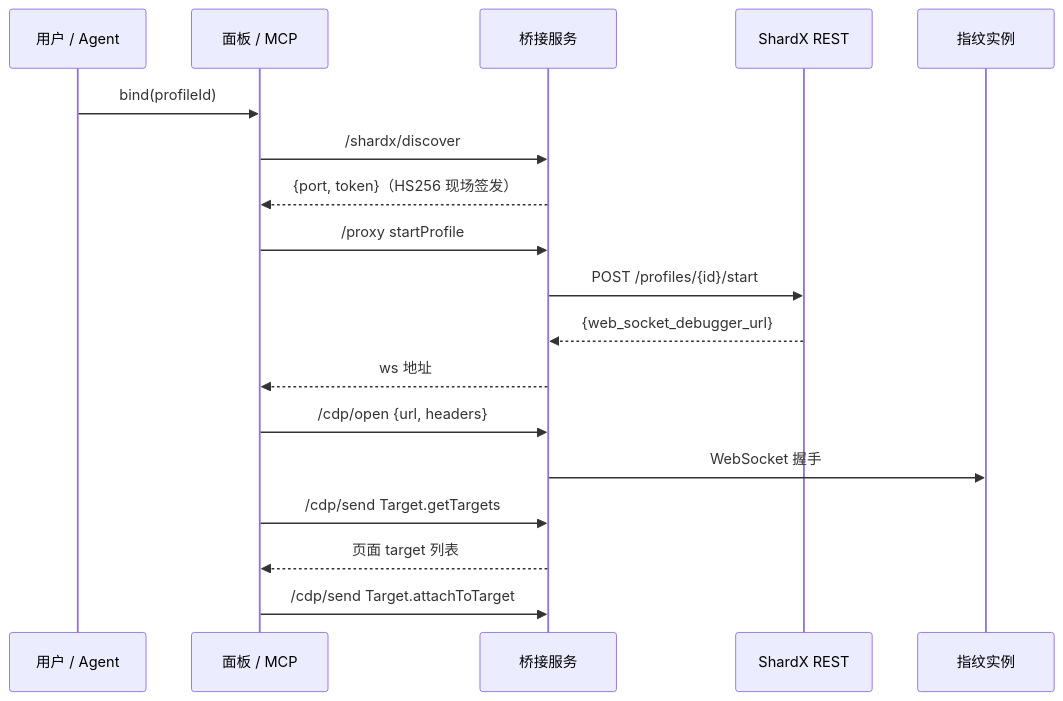
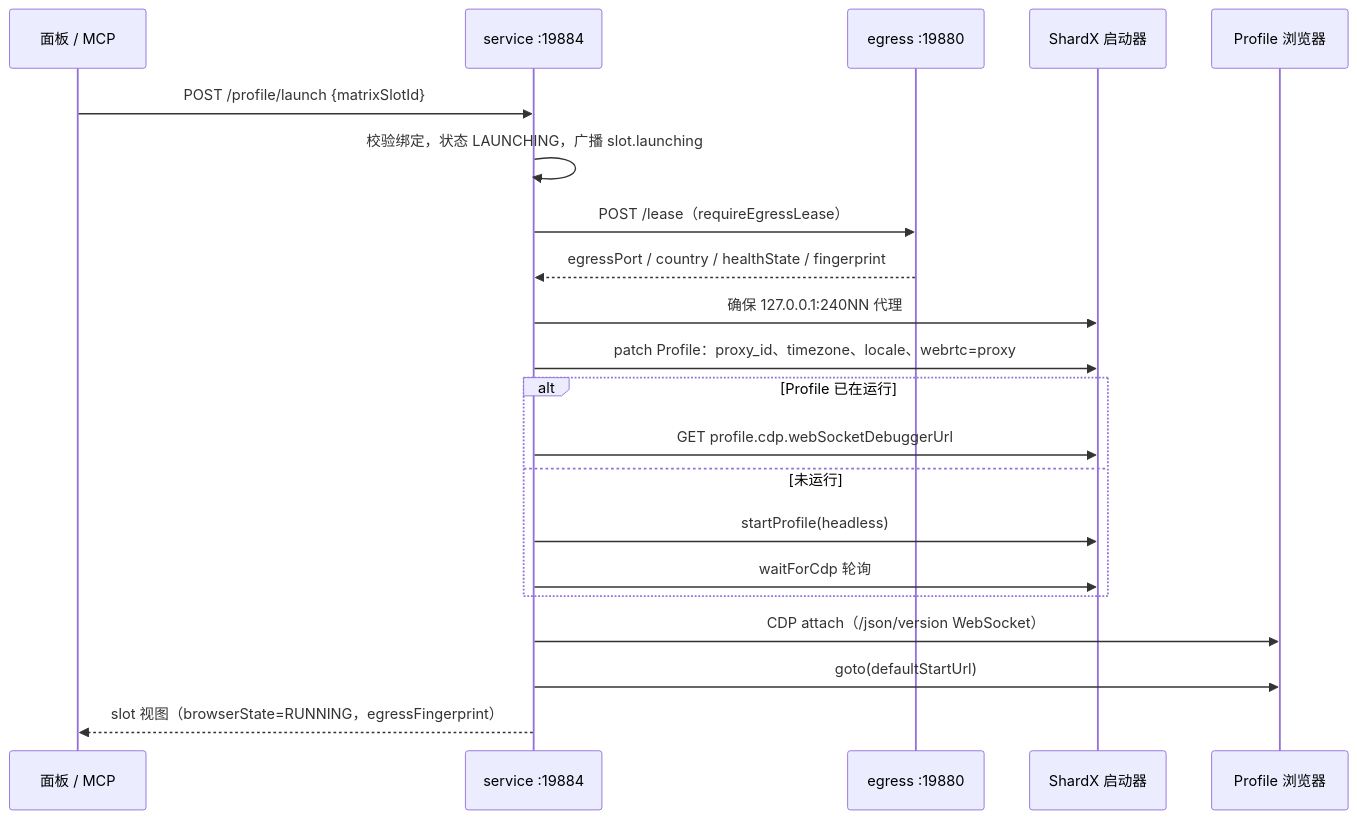
The diagram in docs/ARCHITECTURE.md (wbi35772/openchamber-shardx), drawn with Mermaid before and after one commit. The commit also changed other lines of this file and 24 other files, not shown here.

Commit message:
feat(v2): ShardX matrix guest extension (host service, page, 5 MCP tools)

````diff
--- a/docs/ARCHITECTURE.md
+++ b/docs/ARCHITECTURE.md
@@ -54,21 +47,24 @@
 ```mermaid
 sequenceDiagram
-  participant U as 用户 / Agent
   participant P as 面板 / MCP
-  participant S as 桥接服务
-  participant L as ShardX REST
-  participant B as 指纹实例
+  participant S as service :19884
+  participant E as egress :19880
+  participant L as ShardX 启动器
+  participant B as Profile 浏览器
 
-  U->>P: bind(profileId)
-  P->>S: /shardx/discover
-  S-->>P: {port, token}（HS256 现场签发）
-  P->>S: /proxy startProfile
-  S->>L: POST /profiles/{id}/start
-  L-->>S: {web_socket_debugger_url}
-  S-->>P: ws 地址
-  P->>S: /cdp/open {url, headers}
-  S->>B: WebSocket 握手
-  P->>S: /cdp/send Target.getTargets
-  S-->>P: 页面 target 列表
-  P->>S: /cdp/send Target.attachToTarget
+  P->>S: POST /profile/launch {matrixSlotId}
+  S->>S: 校验绑定，状态 LAUNCHING，广播 slot.launching
+  S->>E: POST /lease（requireEgressLease）
+  E-->>S: egressPort / country / healthState / fingerprint
+  S->>L: 确保 127.0.0.1:240NN 代理
+  S->>L: patch Profile：proxy_id、timezone、locale、webrtc=proxy
+  alt Profile 已在运行
+    S->>L: GET profile.cdp.webSocketDebuggerUrl
+  else 未运行
+    S->>L: startProfile(headless)
+    S->>L: waitForCdp 轮询
+  end
+  S->>B: CDP attach（/json/version WebSocket）
+  S->>B: goto(defaultStartUrl)
+  S-->>P: slot 视图（browserState=RUNNING，egressFingerprint）
 ```
````
